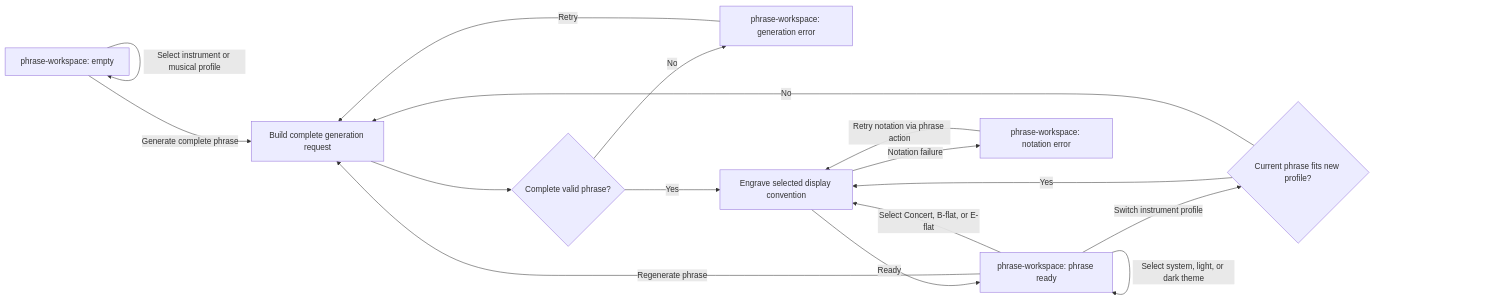
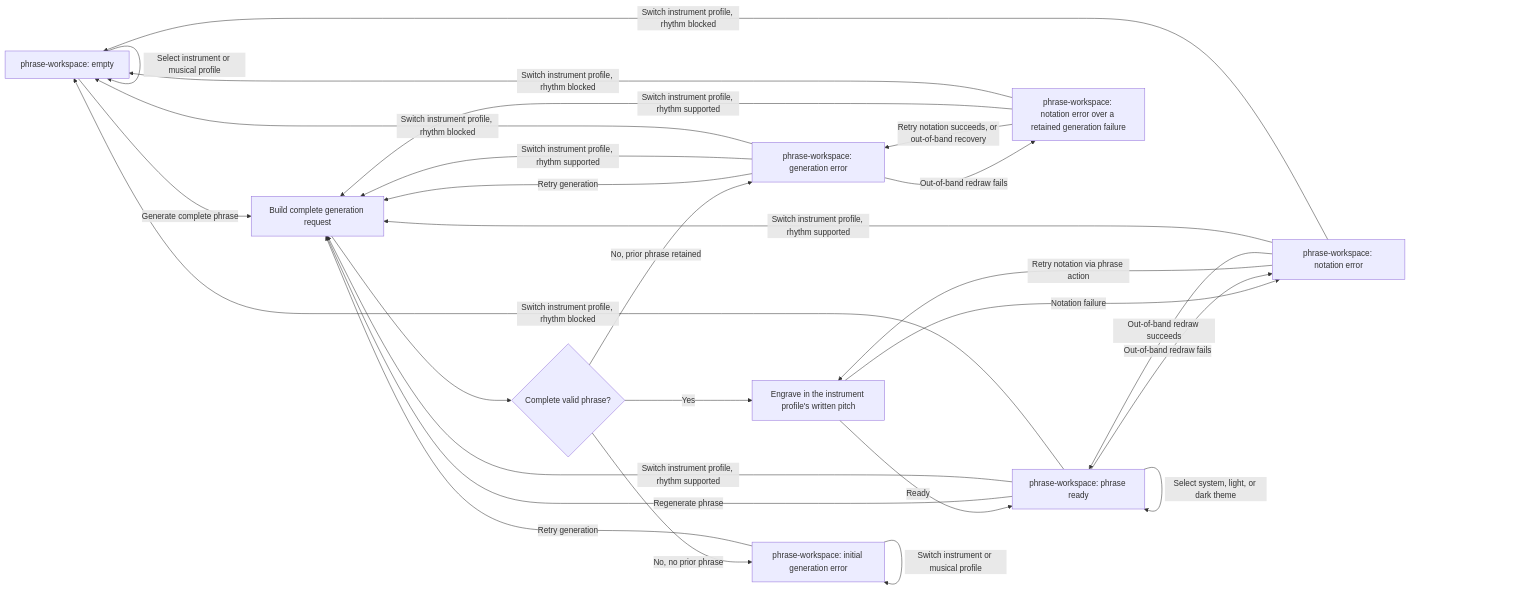
One commit to kluthen/infinite-flow changed the diagram in ui_ux/flows/generate-phrase/handoff.md. Above: the diagram before and after it, drawn with Mermaid. The commit also changed other lines of this file and 8 other files, not shown here.

````diff
--- a/ui_ux/flows/generate-phrase/handoff.md
+++ b/ui_ux/flows/generate-phrase/handoff.md
@@ -3,19 +3,30 @@
 ```mermaid
 flowchart LR
   A[phrase-workspace: empty] -->|Edit musical controls| A
   A -->|Select instrument or musical profile| A
   A -->|Generate complete phrase| B[Build complete generation request]
   B --> C{Complete valid phrase?}
-  C -->|No| D[phrase-workspace: generation error]
-  C -->|Yes| E[Engrave selected display convention]
+  C -->|No, no prior phrase| GE0[phrase-workspace: initial generation error]
+  C -->|No, prior phrase retained| GE1[phrase-workspace: generation error]
+  C -->|Yes| E[Engrave in the instrument profile's written pitch]
   E -->|Ready| F[phrase-workspace: phrase ready]
   E -->|Notation failure| G[phrase-workspace: notation error]
   F -->|Regenerate phrase| B
-   F -->|Select Concert, B-flat, or E-flat| E
-   F -->|Select system, light, or dark theme| F
-  F -->|Switch instrument profile| H{Current phrase fits new profile?}
-  H -->|Yes| E
-  H -->|No| B
-  D -->|Retry| B
-   G -->|Retry notation via phrase action| E
+  F -->|Select system, light, or dark theme| F
+  F -->|Switch instrument profile, rhythm supported| B
+  F -->|Switch instrument profile, rhythm blocked| A
+  F -->|Out-of-band redraw fails| G
+  GE0 -->|Retry generation| B
+  GE0 -->|Switch instrument or musical profile| GE0
+  GE1 -->|Retry generation| B
+  GE1 -->|Switch instrument profile, rhythm supported| B
+  GE1 -->|Switch instrument profile, rhythm blocked| A
+  GE1 -->|Out-of-band redraw fails| H[phrase-workspace: notation error over a retained generation failure]
+  G -->|Retry notation via phrase action| E
+  G -->|Out-of-band redraw succeeds| F
+  G -->|Switch instrument profile, rhythm supported| B
+  G -->|Switch instrument profile, rhythm blocked| A
+  H -->|Retry notation succeeds, or out-of-band recovery| GE1
+  H -->|Switch instrument profile, rhythm supported| B
+  H -->|Switch instrument profile, rhythm blocked| A
 ```
````
